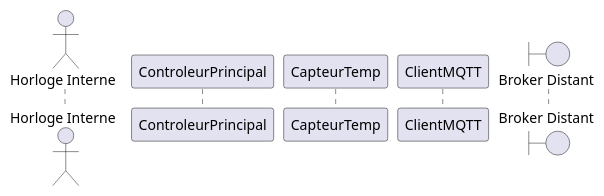
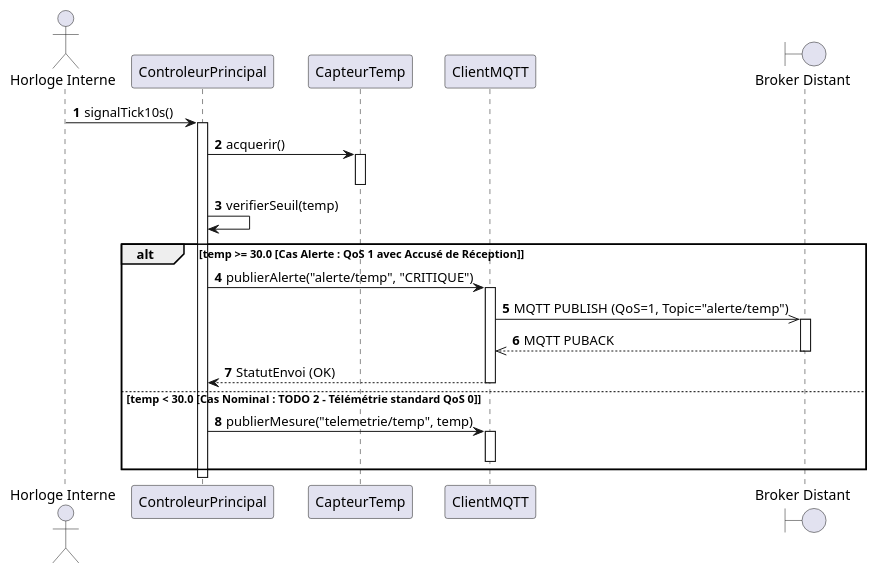
One commit to CIEL2-JR-UML/template-ciel2-uml changed the diagram in tp-exercices/tp3-sequence-supervision-mqtt/sequence_mqtt.puml. Above: the diagram before and after it, drawn with PlantUML. The commit also changed other lines of this file and 13 other files, not shown here.

```diff
--- a/tp-exercices/tp3-sequence-supervision-mqtt/sequence_mqtt.puml
+++ b/tp-exercices/tp3-sequence-supervision-mqtt/sequence_mqtt.puml
@@ -1,18 +1,70 @@
 @startuml
 ' TP 3 : Diagramme de Séquence MQTT - BTS CIEL
 autonumber
 skinparam responseMessageBelowArrow true
 
 actor "Horloge Interne" as Timer
 participant "ControleurPrincipal" as Ctrl
 participant "CapteurTemp" as Sonde
 participant "ClientMQTT" as MQTT
 boundary "Broker Distant" as Broker
 
-' À compléter par l'étudiant :
-' 1. Événement tick10s
-' 2. Appel acquisition température et retour
-' 3. Fragment alt pour l'évaluation du seuil (Cas alerte QoS 1 vs Cas standard QoS 0)
-' 4. Mise en sommeil
+' ==============================================================================
+' 1. DÉBUT DU CYCLE D'ACQUISITION (DÉJÀ FOURNI)
+' ==============================================================================
+Timer -> Ctrl : signalTick10s()
+activate Ctrl
+
+Ctrl -> Sonde : acquerir()
+activate Sonde
+
+' ==============================================================================
+' TODO 1 : Réponse du capteur (Message de retour en pointillés)
+' La Sonde renvoie la valeur de température mesurée au contrôleur.
+' Syntaxe : Emetteur --> Destinataire : valeur
+' Indice : Sonde --> Ctrl : float (ex: 28.5)
+' ------------------------------------------------------------------------------
+' [ÉCRIVEZ LA LIGNE DE RETOUR CI-DESSOUS]
+
+deactivate Sonde
+
+Ctrl -> Ctrl : verifierSeuil(temp)
+
+' ==============================================================================
+' 2. FRAGMENT CONDITIONNEL (ALT / ELSE)
+' ==============================================================================
+alt temp >= 30.0 [Cas Alerte : QoS 1 avec Accusé de Réception]
+    ' Branche Alerte déjà fournie :
+    Ctrl -> MQTT : publierAlerte("alerte/temp", "CRITIQUE")
+    activate MQTT
+    MQTT ->> Broker : MQTT PUBLISH (QoS=1, Topic="alerte/temp")
+    activate Broker
+    Broker -->> MQTT : MQTT PUBACK
+    deactivate Broker
+    MQTT --> Ctrl : StatutEnvoi (OK)
+    deactivate MQTT
+
+else temp < 30.0 [Cas Nominal : TODO 2 - Télémétrie standard QoS 0]
+    ' ==============================================================================
+    ' TODO 2 : Message asynchrone sans attente d'accusé de réception
+    ' Le client MQTT envoie le message directement au broker avec flèche ouverte (->>)
+    ' Syntaxe : MQTT ->> Broker : PUBLISH (QoS=0, Topic="telemetrie/temp")
+    ' ------------------------------------------------------------------------------
+    Ctrl -> MQTT : publierMesure("telemetrie/temp", temp)
+    activate MQTT
+    ' [ÉCRIVEZ CI-DESSOUS L'ENVOI DU PAQUET VERS LE BROKER (->>)]
+    
+    deactivate MQTT
+end
+
+' ==============================================================================
+' TODO 3 : Fin de cycle et mise en veille du microcontrôleur
+' Appelez la méthode interne "miseEnSommeil()" sur Ctrl, puis désactivez sa ligne de vie.
+' Indice :
+' Ctrl -> Ctrl : miseEnSommeil()
+' deactivate Ctrl
+' ------------------------------------------------------------------------------
+' [ÉCRIVEZ LES 2 LIGNES CI-DESSOUS]
+
 
 @enduml
```
